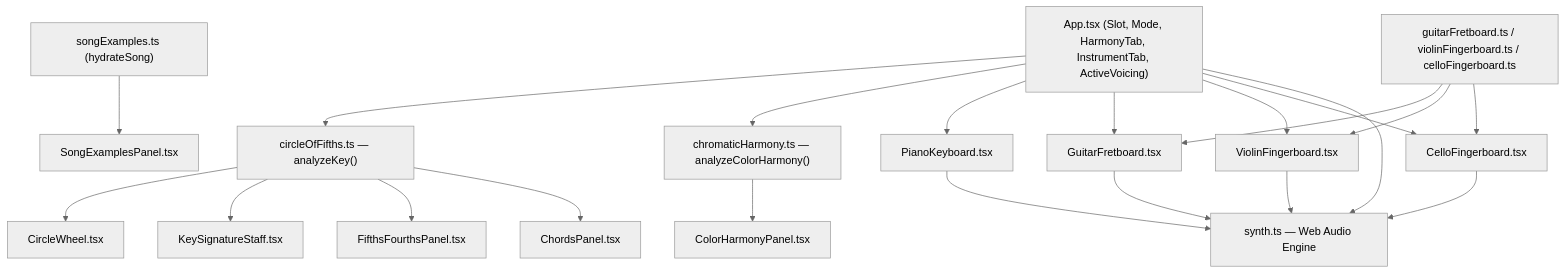
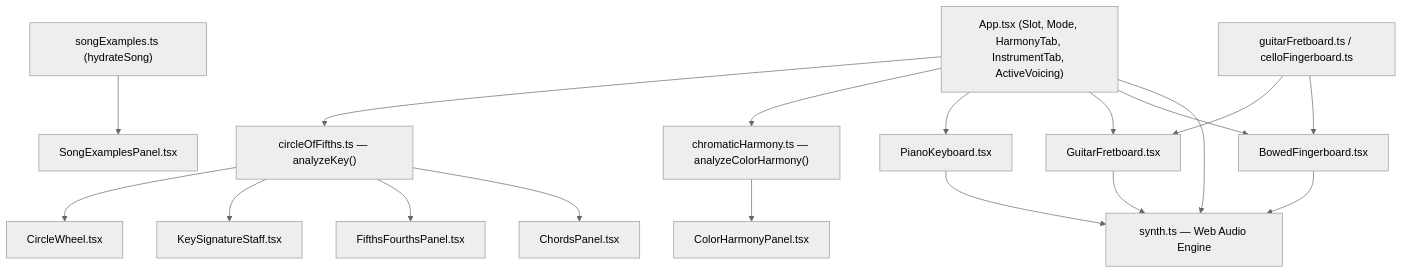
One commit to NewGuy012/musical-scales changed the diagram in docs/architecture.md. Above: the diagram before and after it, drawn with Mermaid (neutral theme). The commit also changed other lines of this file, not shown here.

Commit message:
docs: update architecture overview for consolidated bowed modules and headers

````diff
--- a/docs/architecture.md
+++ b/docs/architecture.md
@@ -75,33 +72,30 @@
 ```mermaid
 flowchart TD
     State["App.tsx (Slot, Mode, HarmonyTab, InstrumentTab, ActiveVoicing)"]
     Theory["circleOfFifths.ts — analyzeKey()"]
     ColorTheory["chromaticHarmony.ts — analyzeColorHarmony()"]
-    Voicings["guitarFretboard.ts / violinFingerboard.ts / celloFingerboard.ts"]
+    Voicings["guitarFretboard.ts / celloFingerboard.ts"]
     Songs["songExamples.ts (hydrateSong)"]
     Synth["synth.ts — Web Audio Engine"]
 
     State --> Theory
     State --> ColorTheory
     Theory --> Wheel["CircleWheel.tsx"]
     Theory --> Staff["KeySignatureStaff.tsx"]
     Theory --> Neighbors["FifthsFourthsPanel.tsx"]
     Theory --> Chords["ChordsPanel.tsx"]
     ColorTheory --> ColorPanel["ColorHarmonyPanel.tsx"]
     Songs --> SongPanel["SongExamplesPanel.tsx"]
 
     State --> Piano["PianoKeyboard.tsx"]
     State --> Guitar["GuitarFretboard.tsx"]
-    State --> Violin["ViolinFingerboard.tsx"]
-    State --> Cello["CelloFingerboard.tsx"]
+    State --> Bowed["BowedFingerboard.tsx"]
 
     Voicings --> Guitar
-    Voicings --> Violin
-    Voicings --> Cello
+    Voicings --> Bowed
 
     State --> Synth
     Guitar --> Synth
-    Violin --> Synth
-    Cello --> Synth
+    Bowed --> Synth
     Piano --> Synth
 ```
````
